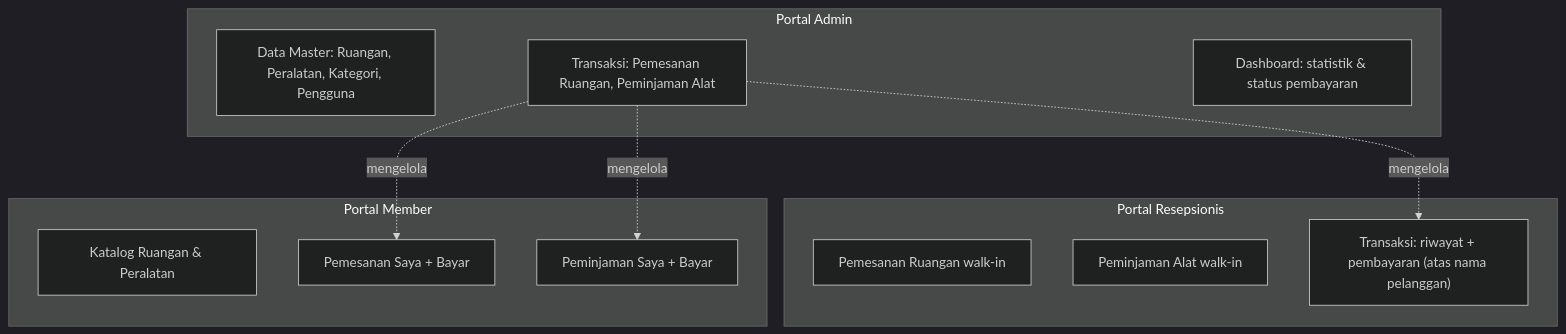
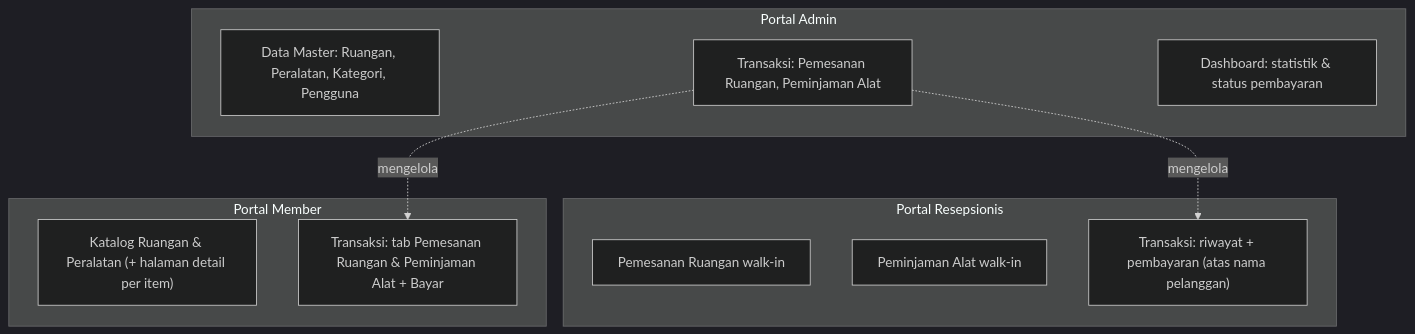
One commit to RizkyFadhillahID/F-Studio changed the third of 3 diagrams in README.md. Above: the diagram before and after it, drawn with Mermaid (dark theme). The commit also changed other lines of this file and 7 other files, not shown here.

````diff
--- a/README.md
+++ b/README.md
@@ -201,21 +201,19 @@
 ```mermaid
 flowchart TD
     subgraph Admin["Portal Admin"]
         A1[Data Master: Ruangan, Peralatan, Kategori, Pengguna]
         A2[Transaksi: Pemesanan Ruangan, Peminjaman Alat]
         A3[Dashboard: statistik & status pembayaran]
     end
     subgraph Resepsionis["Portal Resepsionis"]
         R1[Pemesanan Ruangan walk-in]
         R2[Peminjaman Alat walk-in]
         R3["Transaksi: riwayat + pembayaran (atas nama pelanggan)"]
     end
     subgraph Member["Portal Member"]
-        M1[Katalog Ruangan & Peralatan]
-        M2["Pemesanan Saya + Bayar"]
-        M3["Peminjaman Saya + Bayar"]
+        M1["Katalog Ruangan & Peralatan (+ halaman detail per item)"]
+        M2["Transaksi: tab Pemesanan Ruangan & Peminjaman Alat + Bayar"]
     end
     A2 -.mengelola.-> R3
     A2 -.mengelola.-> M2
-    A2 -.mengelola.-> M3
 ```
````
